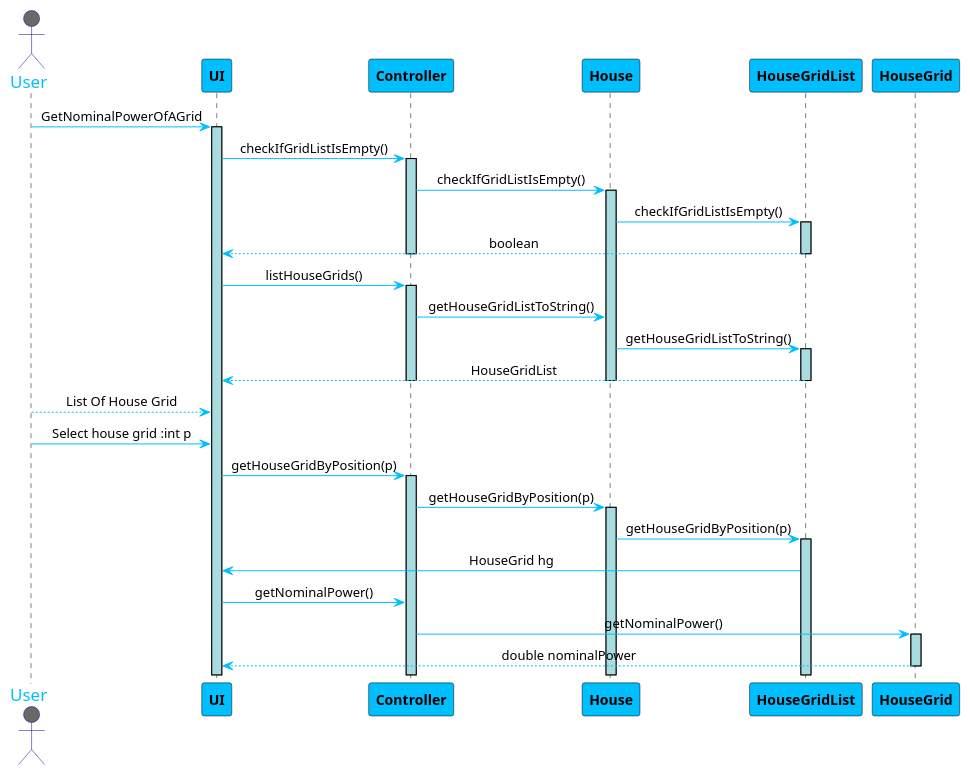
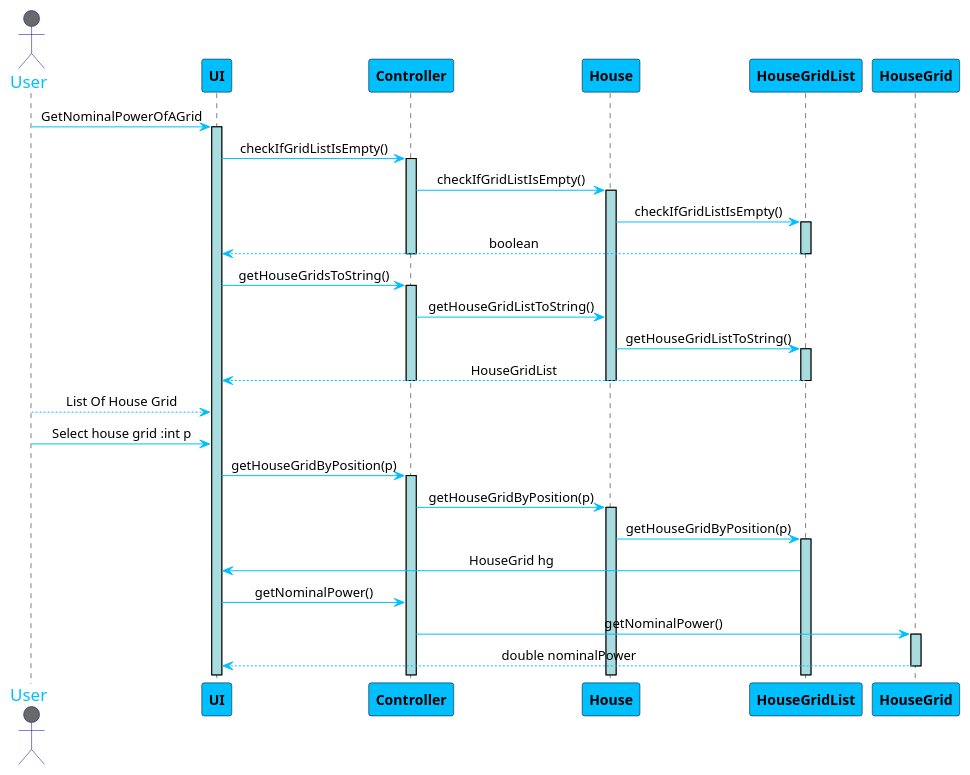
One commit to 1181687/hateoasToy changed the diagram in src/Docs/Sprint2/GetNominalPowerOfAGrid.puml. Above: the diagram before and after it, drawn with PlantUML.

Commit message:
Changed GetNominalPowerOfAGrid sequence diagram

```diff
--- a/src/Docs/Sprint2/GetNominalPowerOfAGrid.puml
+++ b/src/Docs/Sprint2/GetNominalPowerOfAGrid.puml
@@ -1,56 +1,56 @@
 @startuml
 skinparam sequenceMessageAlign center
 skinparam sequence {
 	ArrowColor DeepSkyBlue
 	ActorBorderColor DarkBlue
 	LifeLineBorderColor black
 	LifeLineBackgroundColor #A9DCDF
 
 	ParticipantBorderColor Black
 	ParticipantBackgroundColor DeepSkyBlue
 	ParticipantFontStyle Bold
 
 	ActorBackgroundColor DimGrey
 	ActorFontColor DeepSkyBlue
 	ActorFontSize 17
 	ActorFontName Aapex
 }
 
 actor User
 User -> UI: GetNominalPowerOfAGrid
 activate UI
 UI -> Controller: checkIfGridListIsEmpty()
 activate Controller
 Controller -> House: checkIfGridListIsEmpty()
 activate House
 House -> HouseGridList: checkIfGridListIsEmpty()
 activate HouseGridList
 UI <-- HouseGridList: boolean
 deactivate HouseGridList
 deactivate Controller
-UI -> Controller: listHouseGrids()
+UI -> Controller: getHouseGridsToString()
 activate Controller
 Controller -> House:getHouseGridListToString()
 
 House -> HouseGridList:getHouseGridListToString()
 activate HouseGridList
 UI <-- HouseGridList: HouseGridList
 deactivate House
 deactivate HouseGridList
 deactivate Controller
 UI <-- User: List Of House Grid
 User -> UI: Select house grid :int p
 UI -> Controller: getHouseGridByPosition(p)
 activate Controller
 Controller -> House: getHouseGridByPosition(p)
 activate House
 House -> HouseGridList: getHouseGridByPosition(p)
 activate HouseGridList
 HouseGridList -> UI:HouseGrid hg
 UI -> Controller: getNominalPower()
 Controller -> HouseGrid:getNominalPower()
 activate HouseGrid
 UI <-- HouseGrid: double nominalPower
 deactivate HouseGrid
 
 @enduml
```
